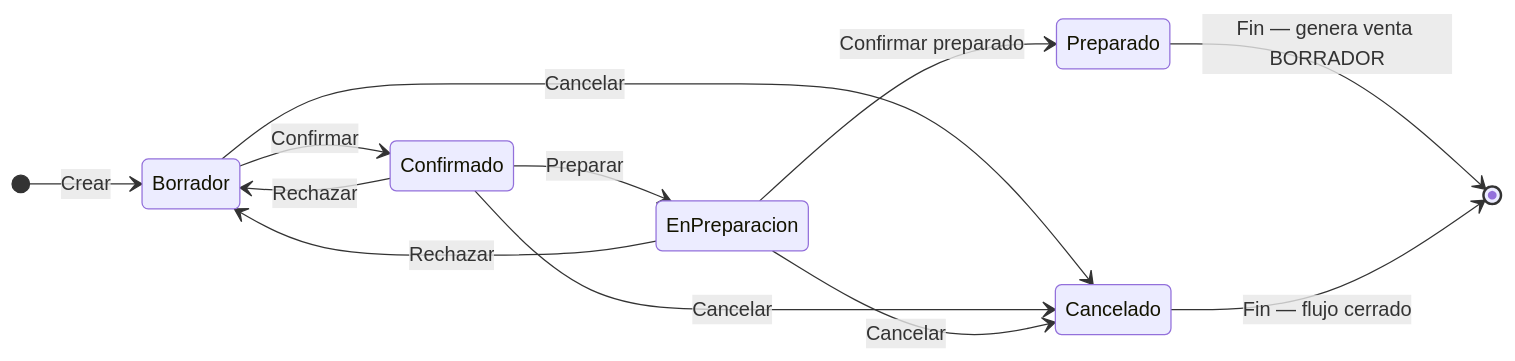
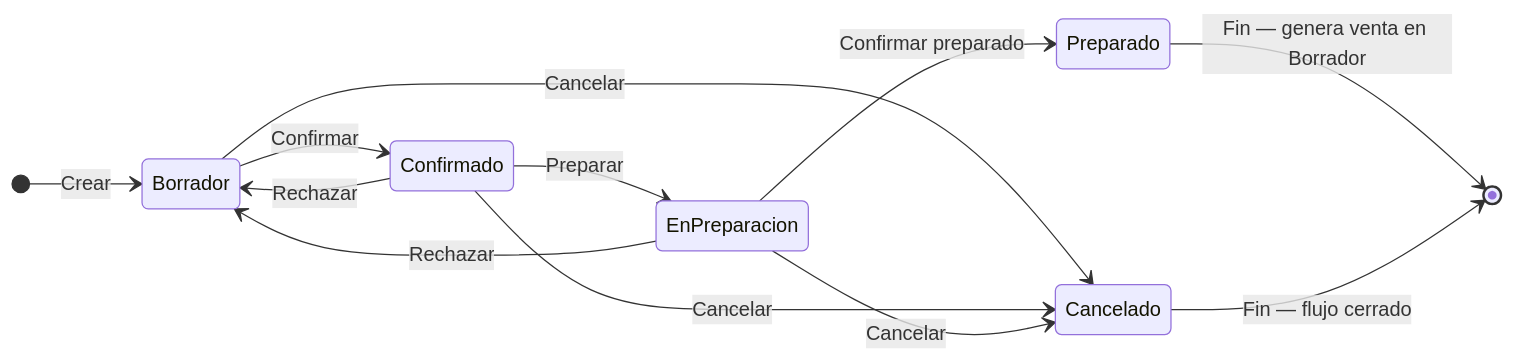
The diagram in docs/ventas/pedidos.md (Zink-in-Tech/ZiT-ERP_DocsPublica_FE), drawn with Mermaid before and after one commit. The commit also changed other lines of this file and 44 other files, not shown here.

````diff
--- a/docs/ventas/pedidos.md
+++ b/docs/ventas/pedidos.md
@@ -90,15 +116,15 @@
 ```mermaid
 stateDiagram-v2
   direction LR
   [*] --> Borrador: Crear
   Borrador --> Confirmado: Confirmar
   Confirmado --> EnPreparacion: Preparar
   EnPreparacion --> Preparado: Confirmar preparado
   Confirmado --> Borrador: Rechazar
   EnPreparacion --> Borrador: Rechazar
-  Preparado --> [*]: Fin — genera venta BORRADOR
+  Preparado --> [*]: Fin — genera venta en Borrador
   Borrador --> Cancelado: Cancelar
   Confirmado --> Cancelado: Cancelar
   EnPreparacion --> Cancelado: Cancelar
   Cancelado --> [*]: Fin — flujo cerrado
 ```
````
